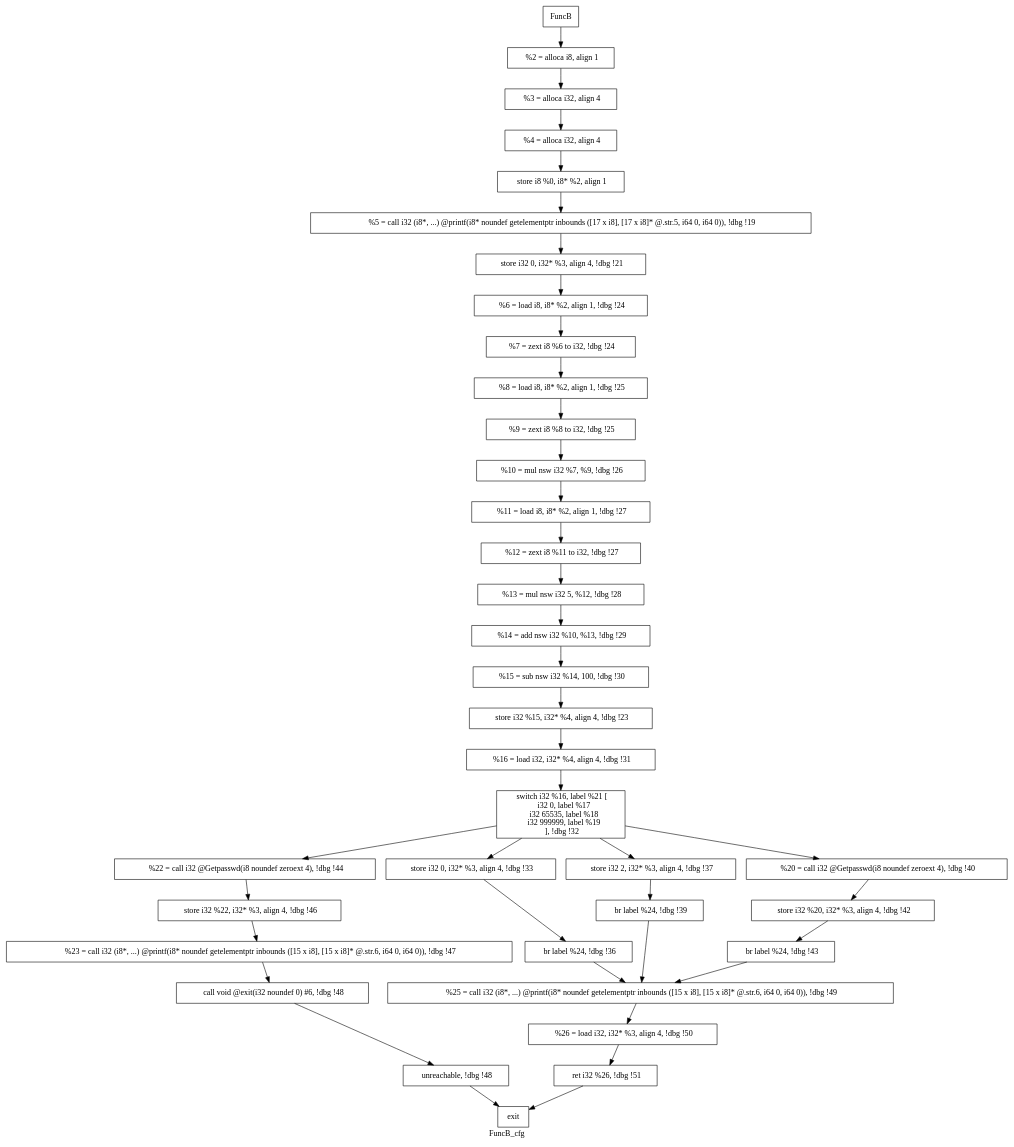
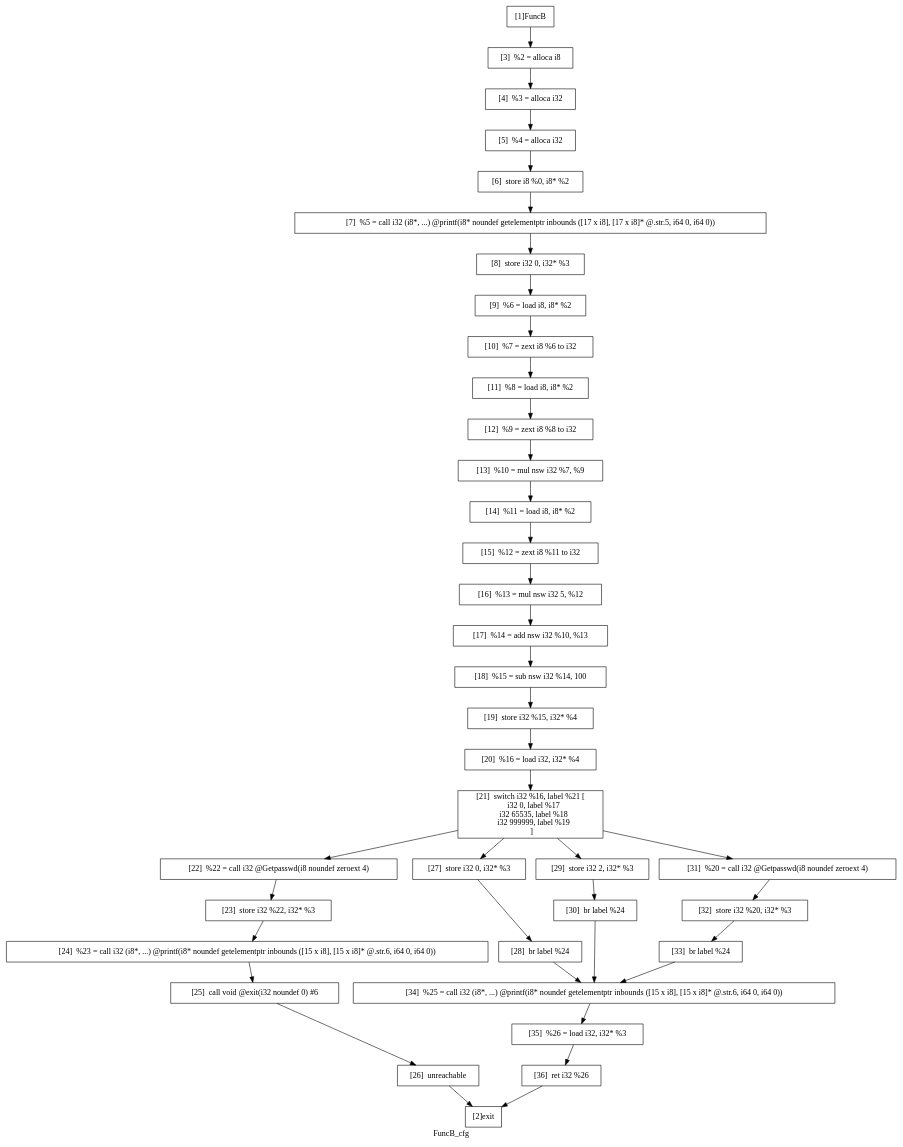
Before and after one commit to Mike-Wilson22/Program-Analysis: the diagram in pa_template/benchmark/bench1/FuncB_cfg.dot, drawn with Graphviz. The commit also changed 149 other files, not shown here.

```diff
--- a/pa_template/benchmark/bench1/FuncB_cfg.dot
+++ b/pa_template/benchmark/bench1/FuncB_cfg.dot
@@ -1,87 +1,87 @@
 digraph "FuncB_cfg"{
 	label="FuncB_cfg";
 
 
 	// Define the nodes
-	N1 [shape=rectangle, color=black,label="FuncB"];
-	N2 [shape=rectangle, color=black,label="exit"];
-	N3 [shape=rectangle, color=black,label="  %2 = alloca i8, align 1"];
-	N4 [shape=rectangle, color=black,label="  %3 = alloca i32, align 4"];
-	N5 [shape=rectangle, color=black,label="  %4 = alloca i32, align 4"];
-	N6 [shape=rectangle, color=black,label="  store i8 %0, i8* %2, align 1"];
-	N7 [shape=rectangle, color=black,label="  %5 = call i32 (i8*, ...) @printf(i8* noundef getelementptr inbounds ([17 x i8], [17 x i8]* @.str.5, i64 0, i64 0)), !dbg !19"];
-	N8 [shape=rectangle, color=black,label="  store i32 0, i32* %3, align 4, !dbg !21"];
-	N9 [shape=rectangle, color=black,label="  %6 = load i8, i8* %2, align 1, !dbg !24"];
-	N10 [shape=rectangle, color=black,label="  %7 = zext i8 %6 to i32, !dbg !24"];
-	N11 [shape=rectangle, color=black,label="  %8 = load i8, i8* %2, align 1, !dbg !25"];
-	N12 [shape=rectangle, color=black,label="  %9 = zext i8 %8 to i32, !dbg !25"];
-	N13 [shape=rectangle, color=black,label="  %10 = mul nsw i32 %7, %9, !dbg !26"];
-	N14 [shape=rectangle, color=black,label="  %11 = load i8, i8* %2, align 1, !dbg !27"];
-	N15 [shape=rectangle, color=black,label="  %12 = zext i8 %11 to i32, !dbg !27"];
-	N16 [shape=rectangle, color=black,label="  %13 = mul nsw i32 5, %12, !dbg !28"];
-	N17 [shape=rectangle, color=black,label="  %14 = add nsw i32 %10, %13, !dbg !29"];
-	N18 [shape=rectangle, color=black,label="  %15 = sub nsw i32 %14, 100, !dbg !30"];
-	N19 [shape=rectangle, color=black,label="  store i32 %15, i32* %4, align 4, !dbg !23"];
-	N20 [shape=rectangle, color=black,label="  %16 = load i32, i32* %4, align 4, !dbg !31"];
-	N21 [shape=rectangle, color=black,label="  switch i32 %16, label %21 [
+	N1 [shape=rectangle, color=black,label="[1]FuncB"];
+	N2 [shape=rectangle, color=black,label="[2]exit"];
+	N3 [shape=rectangle, color=black,label="[3]  %2 = alloca i8"];
+	N4 [shape=rectangle, color=black,label="[4]  %3 = alloca i32"];
+	N5 [shape=rectangle, color=black,label="[5]  %4 = alloca i32"];
+	N6 [shape=rectangle, color=black,label="[6]  store i8 %0, i8* %2"];
+	N7 [shape=rectangle, color=black,label="[7]  %5 = call i32 (i8*, ...) @printf(i8* noundef getelementptr inbounds ([17 x i8], [17 x i8]* @.str.5, i64 0, i64 0))"];
+	N8 [shape=rectangle, color=black,label="[8]  store i32 0, i32* %3"];
+	N9 [shape=rectangle, color=black,label="[9]  %6 = load i8, i8* %2"];
+	N10 [shape=rectangle, color=black,label="[10]  %7 = zext i8 %6 to i32"];
+	N11 [shape=rectangle, color=black,label="[11]  %8 = load i8, i8* %2"];
+	N12 [shape=rectangle, color=black,label="[12]  %9 = zext i8 %8 to i32"];
+	N13 [shape=rectangle, color=black,label="[13]  %10 = mul nsw i32 %7, %9"];
+	N14 [shape=rectangle, color=black,label="[14]  %11 = load i8, i8* %2"];
+	N15 [shape=rectangle, color=black,label="[15]  %12 = zext i8 %11 to i32"];
+	N16 [shape=rectangle, color=black,label="[16]  %13 = mul nsw i32 5, %12"];
+	N17 [shape=rectangle, color=black,label="[17]  %14 = add nsw i32 %10, %13"];
+	N18 [shape=rectangle, color=black,label="[18]  %15 = sub nsw i32 %14, 100"];
+	N19 [shape=rectangle, color=black,label="[19]  store i32 %15, i32* %4"];
+	N20 [shape=rectangle, color=black,label="[20]  %16 = load i32, i32* %4"];
+	N21 [shape=rectangle, color=black,label="[21]  switch i32 %16, label %21 [
     i32 0, label %17
     i32 65535, label %18
     i32 999999, label %19
-  ], !dbg !32"];
-	N22 [shape=rectangle, color=black,label="  %22 = call i32 @Getpasswd(i8 noundef zeroext 4), !dbg !44"];
-	N23 [shape=rectangle, color=black,label="  store i32 %22, i32* %3, align 4, !dbg !46"];
-	N24 [shape=rectangle, color=black,label="  %23 = call i32 (i8*, ...) @printf(i8* noundef getelementptr inbounds ([15 x i8], [15 x i8]* @.str.6, i64 0, i64 0)), !dbg !47"];
-	N25 [shape=rectangle, color=black,label="  call void @exit(i32 noundef 0) #6, !dbg !48"];
-	N26 [shape=rectangle, color=black,label="  unreachable, !dbg !48"];
-	N27 [shape=rectangle, color=black,label="  store i32 0, i32* %3, align 4, !dbg !33"];
-	N28 [shape=rectangle, color=black,label="  br label %24, !dbg !36"];
-	N29 [shape=rectangle, color=black,label="  store i32 2, i32* %3, align 4, !dbg !37"];
-	N30 [shape=rectangle, color=black,label="  br label %24, !dbg !39"];
-	N31 [shape=rectangle, color=black,label="  %20 = call i32 @Getpasswd(i8 noundef zeroext 4), !dbg !40"];
-	N32 [shape=rectangle, color=black,label="  store i32 %20, i32* %3, align 4, !dbg !42"];
-	N33 [shape=rectangle, color=black,label="  br label %24, !dbg !43"];
-	N34 [shape=rectangle, color=black,label="  %25 = call i32 (i8*, ...) @printf(i8* noundef getelementptr inbounds ([15 x i8], [15 x i8]* @.str.6, i64 0, i64 0)), !dbg !49"];
-	N35 [shape=rectangle, color=black,label="  %26 = load i32, i32* %3, align 4, !dbg !50"];
-	N36 [shape=rectangle, color=black,label="  ret i32 %26, !dbg !51"];
+  ]"];
+	N22 [shape=rectangle, color=black,label="[22]  %22 = call i32 @Getpasswd(i8 noundef zeroext 4)"];
+	N23 [shape=rectangle, color=black,label="[23]  store i32 %22, i32* %3"];
+	N24 [shape=rectangle, color=black,label="[24]  %23 = call i32 (i8*, ...) @printf(i8* noundef getelementptr inbounds ([15 x i8], [15 x i8]* @.str.6, i64 0, i64 0))"];
+	N25 [shape=rectangle, color=black,label="[25]  call void @exit(i32 noundef 0) #6"];
+	N26 [shape=rectangle, color=black,label="[26]  unreachable"];
+	N27 [shape=rectangle, color=black,label="[27]  store i32 0, i32* %3"];
+	N28 [shape=rectangle, color=black,label="[28]  br label %24"];
+	N29 [shape=rectangle, color=black,label="[29]  store i32 2, i32* %3"];
+	N30 [shape=rectangle, color=black,label="[30]  br label %24"];
+	N31 [shape=rectangle, color=black,label="[31]  %20 = call i32 @Getpasswd(i8 noundef zeroext 4)"];
+	N32 [shape=rectangle, color=black,label="[32]  store i32 %20, i32* %3"];
+	N33 [shape=rectangle, color=black,label="[33]  br label %24"];
+	N34 [shape=rectangle, color=black,label="[34]  %25 = call i32 (i8*, ...) @printf(i8* noundef getelementptr inbounds ([15 x i8], [15 x i8]* @.str.6, i64 0, i64 0))"];
+	N35 [shape=rectangle, color=black,label="[35]  %26 = load i32, i32* %3"];
+	N36 [shape=rectangle, color=black,label="[36]  ret i32 %26"];
 
 
 	// Define the edges
 	N1 -> N3[color=black,label=""];
 	N3 -> N4[color=black,label=""];
 	N4 -> N5[color=black,label=""];
 	N5 -> N6[color=black,label=""];
 	N6 -> N7[color=black,label=""];
 	N7 -> N8[color=black,label=""];
 	N8 -> N9[color=black,label=""];
 	N9 -> N10[color=black,label=""];
 	N10 -> N11[color=black,label=""];
 	N11 -> N12[color=black,label=""];
 	N12 -> N13[color=black,label=""];
 	N13 -> N14[color=black,label=""];
 	N14 -> N15[color=black,label=""];
 	N15 -> N16[color=black,label=""];
 	N16 -> N17[color=black,label=""];
 	N17 -> N18[color=black,label=""];
 	N18 -> N19[color=black,label=""];
 	N19 -> N20[color=black,label=""];
 	N20 -> N21[color=black,label=""];
 	N21 -> N22[color=black,label=""];
 	N21 -> N27[color=black,label=""];
 	N21 -> N29[color=black,label=""];
 	N21 -> N31[color=black,label=""];
 	N22 -> N23[color=black,label=""];
 	N23 -> N24[color=black,label=""];
 	N24 -> N25[color=black,label=""];
 	N25 -> N26[color=black,label=""];
 	N26 -> N2[color=black,label=""];
 	N27 -> N28[color=black,label=""];
 	N28 -> N34[color=black,label=""];
 	N29 -> N30[color=black,label=""];
 	N30 -> N34[color=black,label=""];
 	N31 -> N32[color=black,label=""];
 	N32 -> N33[color=black,label=""];
 	N33 -> N34[color=black,label=""];
 	N34 -> N35[color=black,label=""];
 	N35 -> N36[color=black,label=""];
 	N36 -> N2[color=black,label=""];
 }
```
